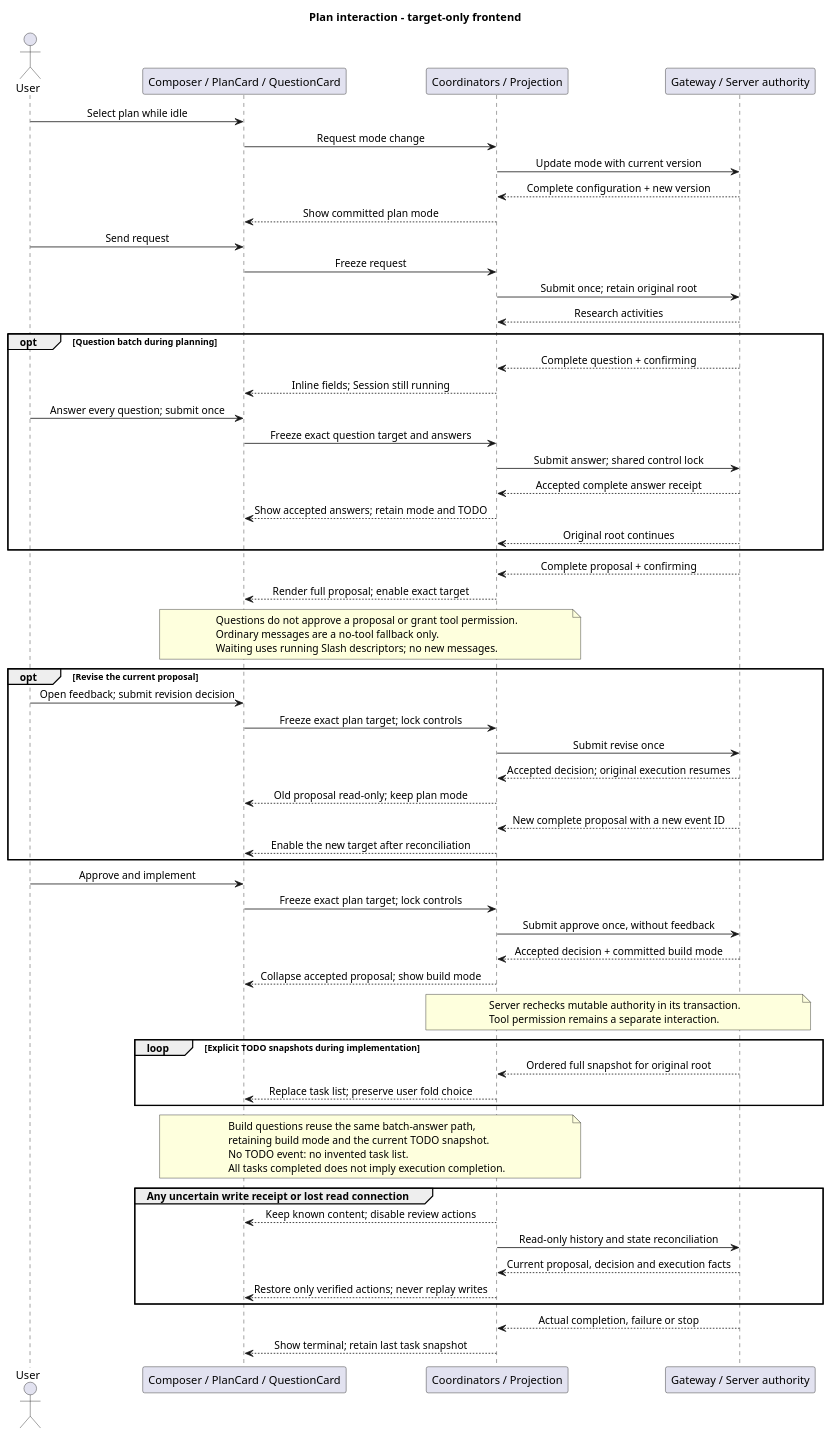
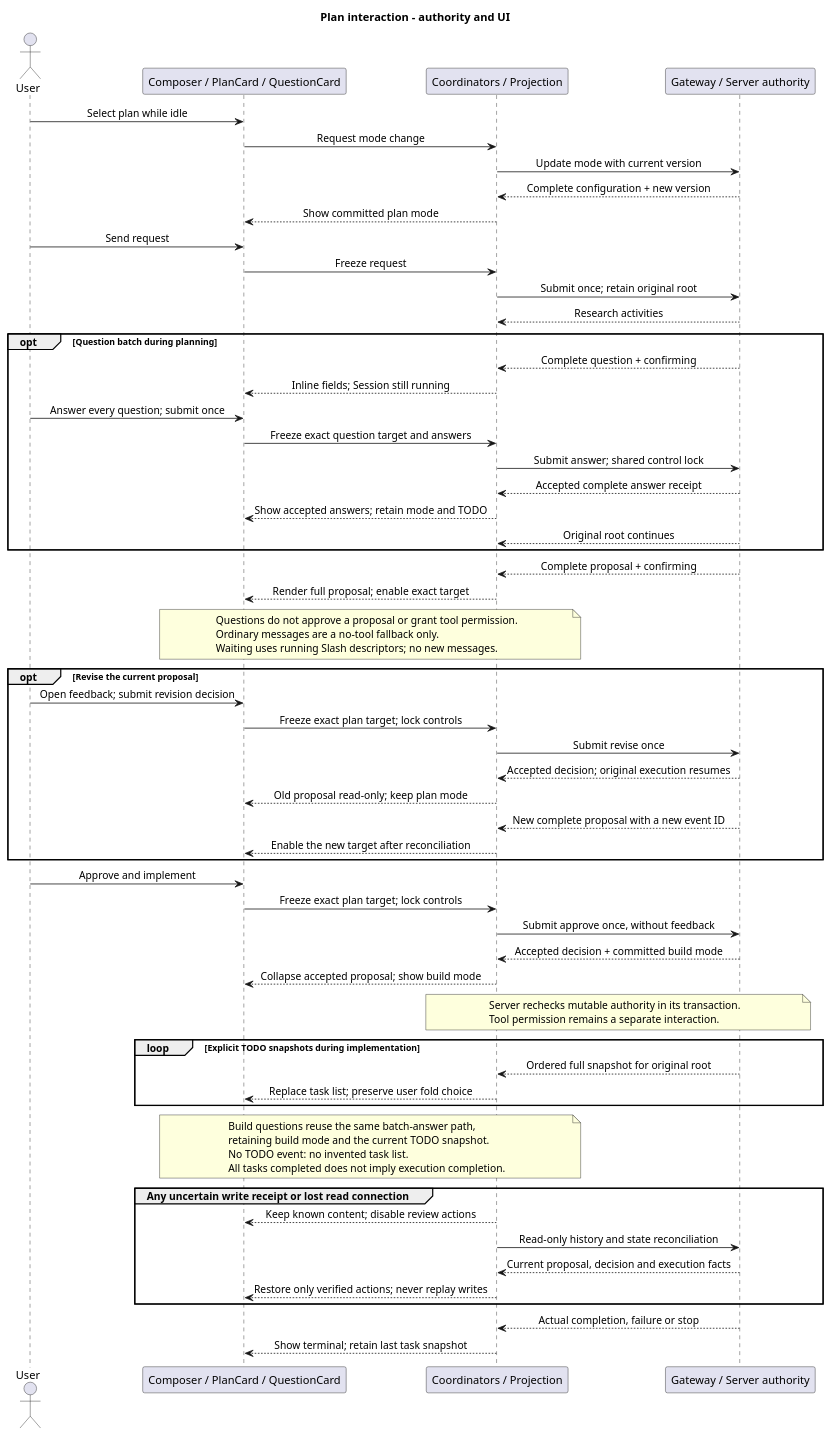
One commit to ssm0808/pi-mono-java-design changed the eighth of 8 diagrams in 01-总体架构/04-CampusClaw前端体验/diagram.puml. Above: the diagram before and after it, drawn with PlantUML. The commit also changed other lines of this file and 12 other files, not shown here.

```diff
--- a/01-总体架构/04-CampusClaw前端体验/diagram.puml
+++ b/01-总体架构/04-CampusClaw前端体验/diagram.puml
@@ -485,84 +485,84 @@
 @startuml target_plan_interaction
-' Source baseline: pi-mono-java 699f929f6826b595ed1d0162f6def66e2f84760b.
+' Source baseline: pi-mono-java 9f785bea3ffff8f6566cd1b2727285af46a2aead.
 ' Source evidence: frontend/src/runtime/eventStore.ts executionState and reconcileEvents.
 ' Source evidence: frontend/src/composables/useRuntimeApi.ts recover, submitStream and consume.
 ' Codex d58d0e5841e0de08e251673db2d5af8cf3a1ad51:
 ' codex-rs/tui/src/chatwidget/plan_implementation.rs selection_view_params;
 ' codex-rs/core/src/tools/handlers/plan.rs PlanHandler::handle_call.
-' Observed behavior: Java has plan UI, Slash and progress; structured questions are a later extension.
+' Observed behavior: the internal frontend has plan UI, Slash, progress and structured questions.
 ' Source: frontend/src/components/PlanCard.vue; runtime/eventStore.ts; types/runtime.ts.
 ' Java divergence: approve resumes the original root execution; no clear-context path.
 ' Design reason: proposal, decision receipt, execution progress and terminal are separate facts.
-' All interactions below are target-only UI projections, not HTTP enums.
-title Plan interaction - target-only frontend
+' Internal flow is implemented; public transport remains target-only. View states are not HTTP enums.
+title Plan interaction - authority and UI
 skinparam backgroundColor white
 skinparam shadowing false
 skinparam defaultFontName SansSerif
 skinparam sequenceMessageAlign center
 actor User
 participant "Composer / PlanCard / QuestionCard" as UI
 participant "Coordinators / Projection" as State
 participant "Gateway / Server authority" as API
 User -> UI : Select plan while idle
 UI -> State : Request mode change
 State -> API : Update mode with current version
 API --> State : Complete configuration + new version
 State --> UI : Show committed plan mode
 User -> UI : Send request
 UI -> State : Freeze request
 State -> API : Submit once; retain original root
 API --> State : Research activities
 opt Question batch during planning
   API --> State : Complete question + confirming
   State --> UI : Inline fields; Session still running
   User -> UI : Answer every question; submit once
   UI -> State : Freeze exact question target and answers
   State -> API : Submit answer; shared control lock
   API --> State : Accepted complete answer receipt
   State --> UI : Show accepted answers; retain mode and TODO
   API --> State : Original root continues
 end
 API --> State : Complete proposal + confirming
 State --> UI : Render full proposal; enable exact target
 note over UI, State
   Questions do not approve a proposal or grant tool permission.
   Ordinary messages are a no-tool fallback only.
   Waiting uses running Slash descriptors; no new messages.
 end note
 opt Revise the current proposal
   User -> UI : Open feedback; submit revision decision
   UI -> State : Freeze exact plan target; lock controls
   State -> API : Submit revise once
   API --> State : Accepted decision; original execution resumes
   State --> UI : Old proposal read-only; keep plan mode
   API --> State : New complete proposal with a new event ID
   State --> UI : Enable the new target after reconciliation
 end
 User -> UI : Approve and implement
 UI -> State : Freeze exact plan target; lock controls
 State -> API : Submit approve once, without feedback
 API --> State : Accepted decision + committed build mode
 State --> UI : Collapse accepted proposal; show build mode
 note over State, API
   Server rechecks mutable authority in its transaction.
   Tool permission remains a separate interaction.
 end note
 loop Explicit TODO snapshots during implementation
   API --> State : Ordered full snapshot for original root
   State --> UI : Replace task list; preserve user fold choice
 end
 note over UI, State
   Build questions reuse the same batch-answer path,
   retaining build mode and the current TODO snapshot.
   No TODO event: no invented task list.
   All tasks completed does not imply execution completion.
 end note
 group Any uncertain write receipt or lost read connection
   State --> UI : Keep known content; disable review actions
   State -> API : Read-only history and state reconciliation
   API --> State : Current proposal, decision and execution facts
   State --> UI : Restore only verified actions; never replay writes
 end
 API --> State : Actual completion, failure or stop
 State --> UI : Show terminal; retain last task snapshot
 @enduml
```
